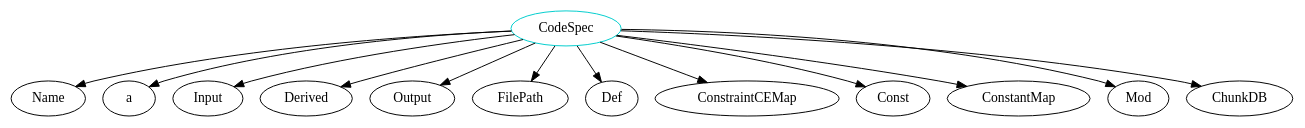
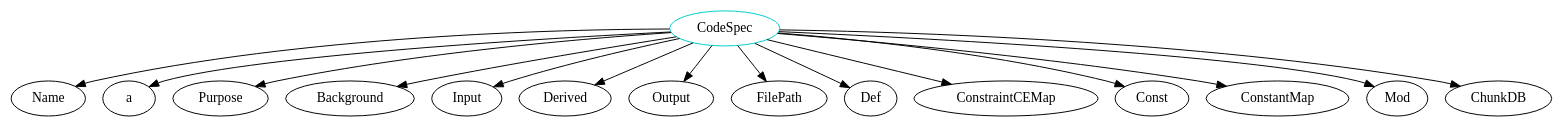
Before and after one commit to JacquesCarette/Drasil: the diagram in analysis/TypeDependencyGraphs/code/CodeSpec.dot, drawn with Graphviz. The commit also changed 9672 other files, not shown here.

```diff
--- a/analysis/TypeDependencyGraphs/code/CodeSpec.dot
+++ b/analysis/TypeDependencyGraphs/code/CodeSpec.dot
@@ -1,15 +1,17 @@
 digraph codespec{
 CodeSpec	[shape=oval, color=cyan3, label="CodeSpec"];
 CodeSpec -> Name;
 CodeSpec -> a;
+CodeSpec -> Purpose;
+CodeSpec -> Background;
 CodeSpec -> Input;
 CodeSpec -> Derived;
 CodeSpec -> Output;
 CodeSpec -> FilePath;
 CodeSpec -> Def;
 CodeSpec -> ConstraintCEMap;
 CodeSpec -> Const;
 CodeSpec -> ConstantMap;
 CodeSpec -> Mod;
 CodeSpec -> ChunkDB;
 }
```
